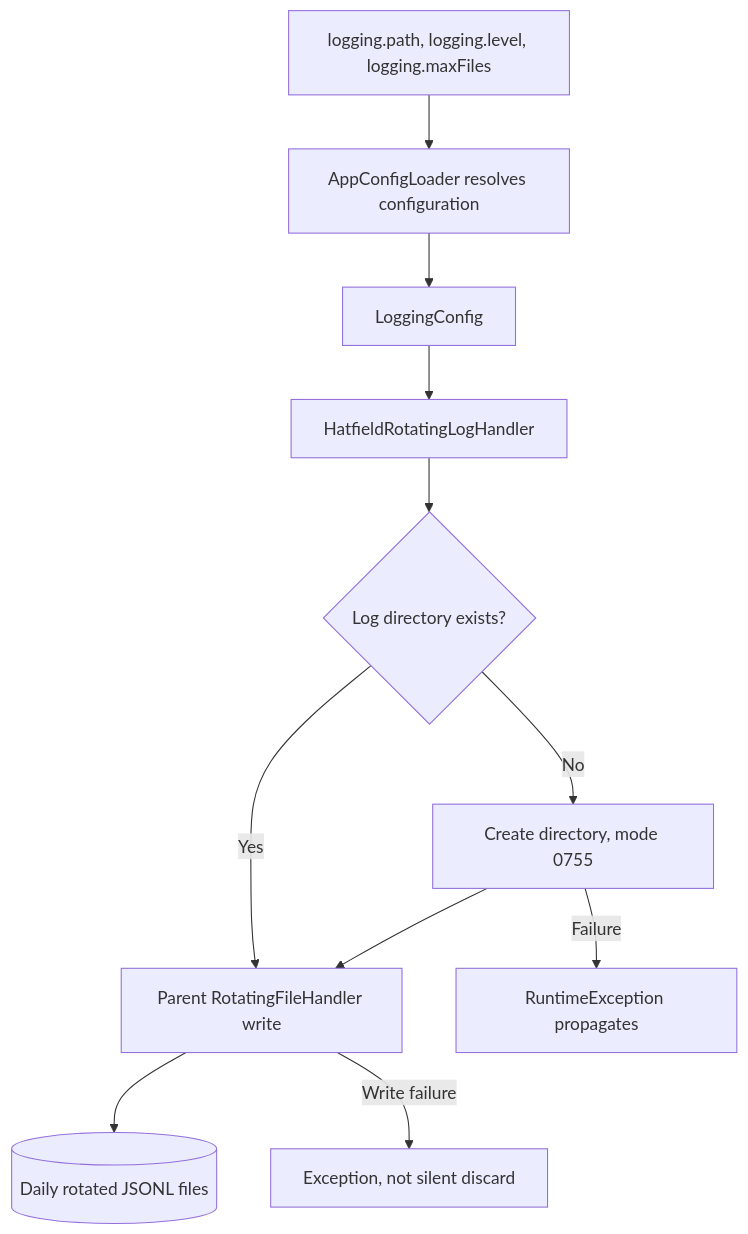
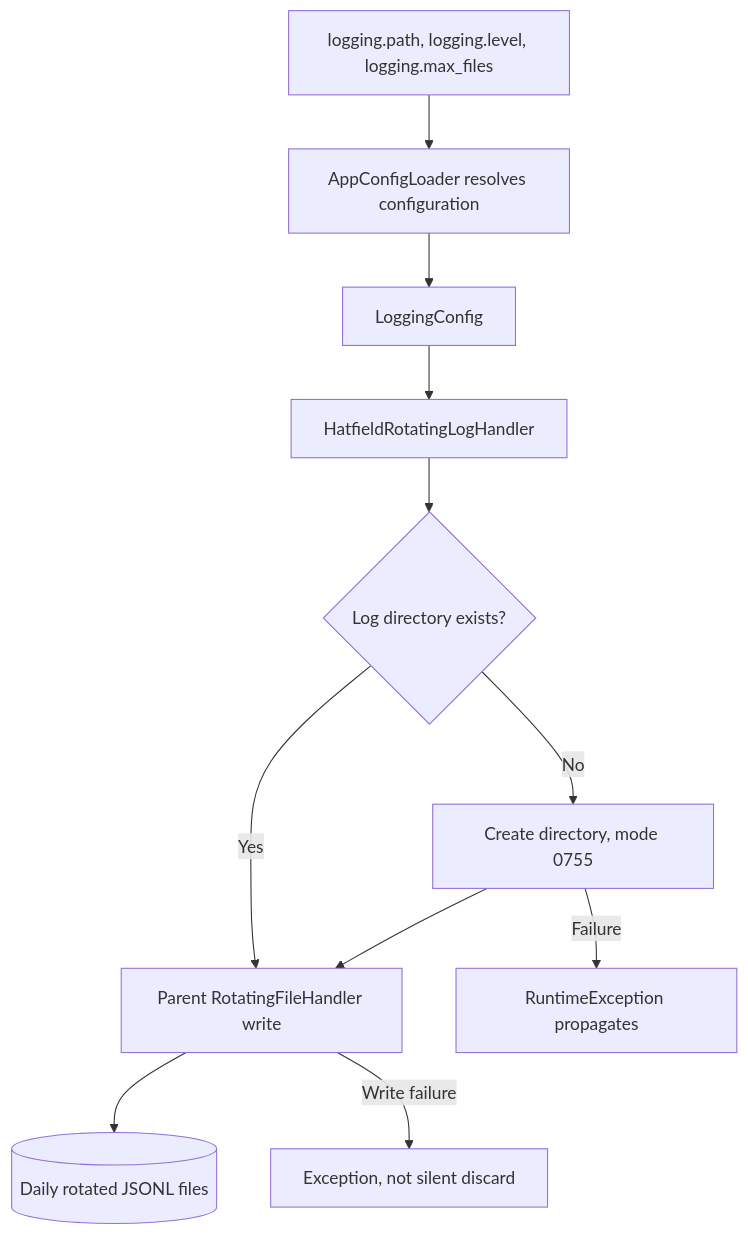
Before and after one commit to ineersa/agent-core: the second of 6 diagrams in architecture/logging.md, drawn with Mermaid. The commit also changed other lines of this file and 43 other files, not shown here.

Commit message:
Refresh operational guides and runtime architecture documentation

````diff
--- a/architecture/logging.md
+++ b/architecture/logging.md
@@ -30,13 +30,13 @@
 ```mermaid
 flowchart TB
-    Settings["logging.path, logging.level, logging.maxFiles"] --> Loader[AppConfigLoader resolves configuration]
+    Settings["logging.path, logging.level, logging.max_files"] --> Loader[AppConfigLoader resolves configuration]
     Loader --> Config[LoggingConfig]
     Config --> Handler[HatfieldRotatingLogHandler]
     Handler --> Directory{Log directory exists?}
     Directory -->|No| Mkdir[Create directory, mode 0755]
     Directory -->|Yes| Write[Parent RotatingFileHandler write]
     Mkdir --> Write
     Mkdir -->|Failure| Error[RuntimeException propagates]
     Write --> JSONL[(Daily rotated JSONL files)]
     Write -->|Write failure| Failure[Exception, not silent discard]
 ```
````
